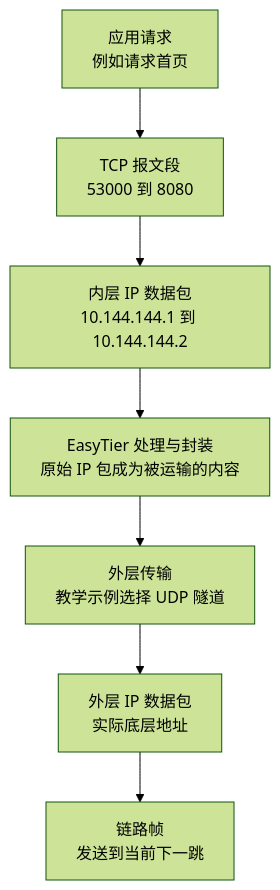
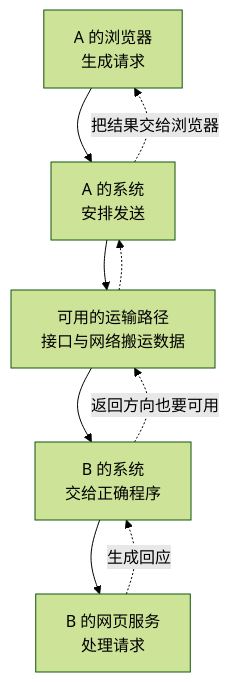
The diagram in apps/website/chapters/02-packets.md (sonofmagic/easytier-docs), drawn with Mermaid (forest theme) before and after one commit. The commit also changed other lines of this file and 59 other files, not shown here.

Commit message:
docs: rebuild EasyTier course for network beginners

````diff
--- a/apps/website/chapters/02-packets.md
+++ b/apps/website/chapters/02-packets.md
@@ -28,9 +52,11 @@
 ```mermaid
 flowchart TD
-    H["应用请求<br/>例如请求首页"] --> T["TCP 报文段<br/>53000 到 8080"]
-    T --> I["内层 IP 数据包<br/>10.144.144.1 到 10.144.144.2"]
-    I --> E["EasyTier 处理与封装<br/>原始 IP 包成为被运输的内容"]
-    E --> U["外层传输<br/>教学示例选择 UDP 隧道"]
-    U --> O["外层 IP 数据包<br/>实际底层地址"]
-    O --> L["链路帧<br/>发送到当前下一跳"]
+  A["A 的浏览器<br/>生成请求"] --> AS["A 的系统<br/>安排发送"]
+  AS --> P["可用的运输路径<br/>接口与网络搬运数据"]
+  P --> BS["B 的系统<br/>交给正确程序"]
+  BS --> B["B 的网页服务<br/>处理请求"]
+  B -. 生成回应 .-> BS
+  BS -. 返回方向也要可用 .-> P
+  P -.-> AS
+  AS -. 把结果交给浏览器 .-> A
 ```
````
